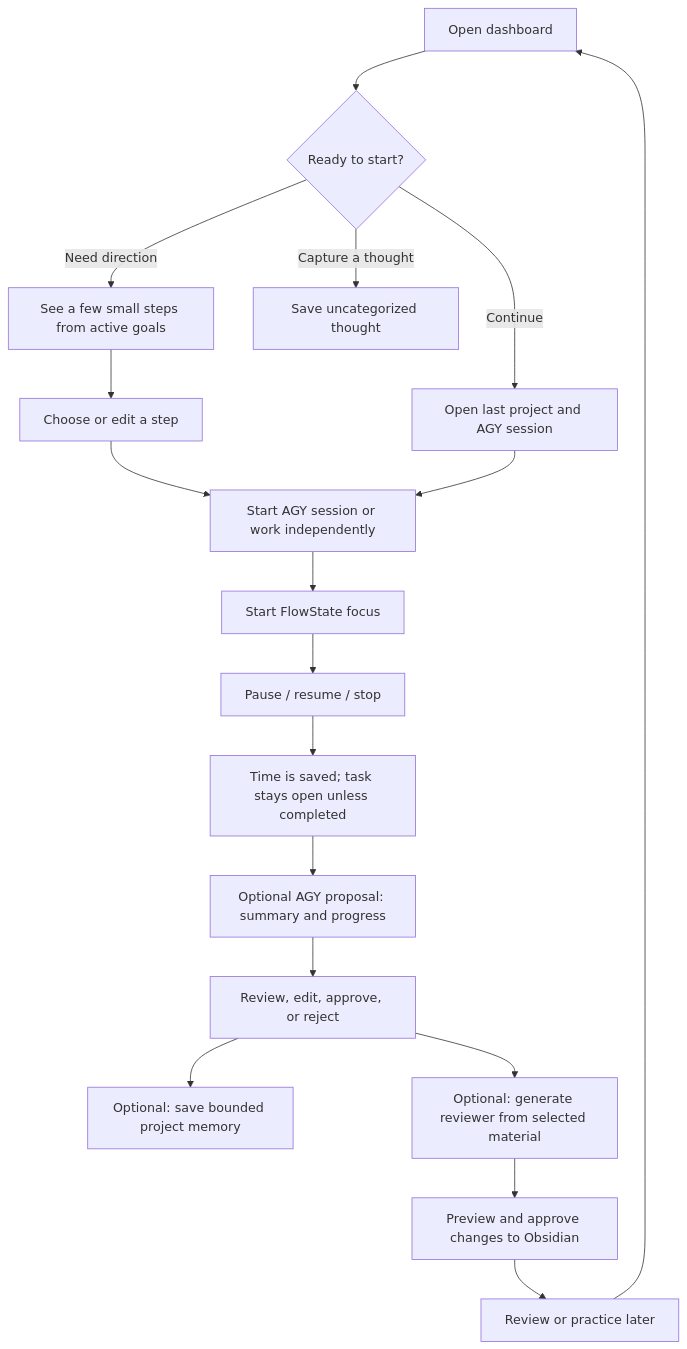
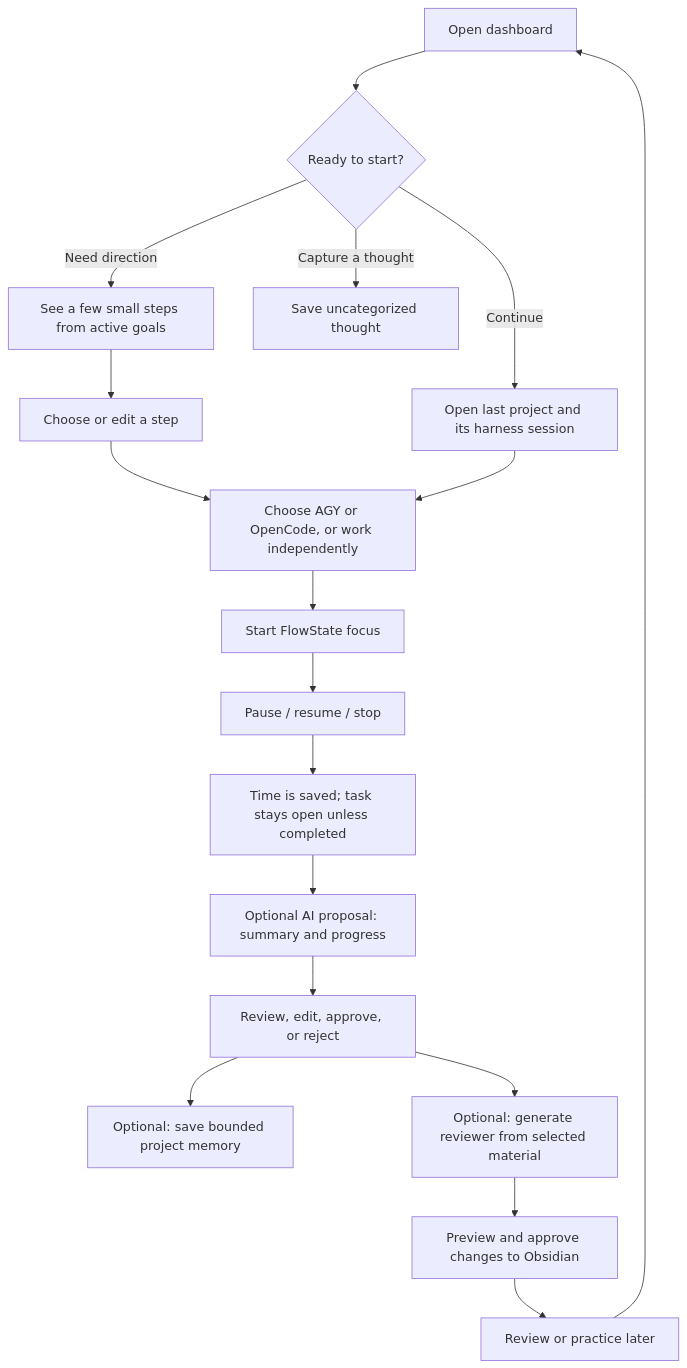
The first of 2 diagrams in outputs/first-release-plan.md (AlwinsonTGM/TGM), drawn with Mermaid before and after one commit. The commit also changed other lines of this file and 23 other files, not shown here.

````diff
--- a/outputs/first-release-plan.md
+++ b/outputs/first-release-plan.md
@@ -15,20 +15,20 @@
 ```mermaid
 flowchart TD
     A[Open dashboard] --> B{Ready to start?}
     B -->|Need direction| C[See a few small steps from active goals]
-    B -->|Continue| D[Open last project and AGY session]
+    B -->|Continue| D[Open last project and its harness session]
     B -->|Capture a thought| E[Save uncategorized thought]
     C --> F[Choose or edit a step]
-    F --> G[Start AGY session or work independently]
+    F --> G[Choose AGY or OpenCode, or work independently]
     D --> G
     G --> H[Start FlowState focus]
     H --> I[Pause / resume / stop]
     I --> J[Time is saved; task stays open unless completed]
-    J --> K[Optional AGY proposal: summary and progress]
+    J --> K[Optional AI proposal: summary and progress]
     K --> L[Review, edit, approve, or reject]
     L --> M[Optional: save bounded project memory]
     L --> N[Optional: generate reviewer from selected material]
     N --> O[Preview and approve changes to Obsidian]
     O --> P[Review or practice later]
     P --> A
 ```
````
